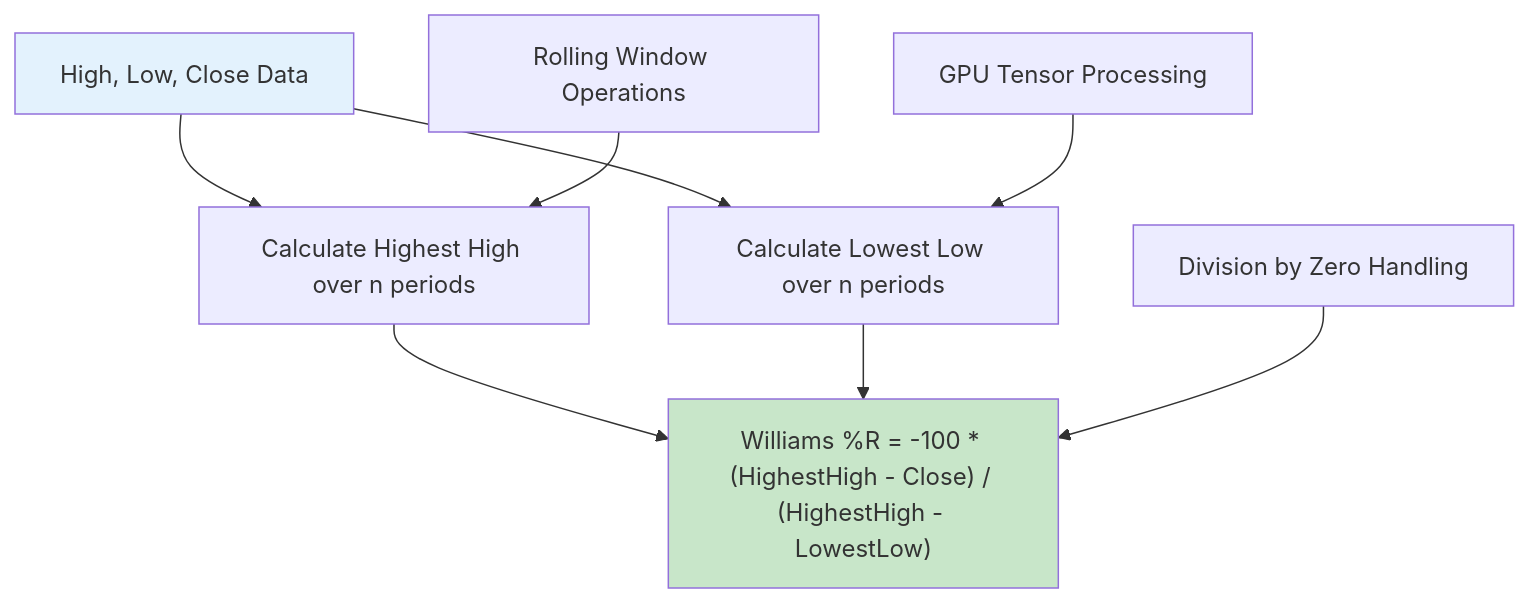
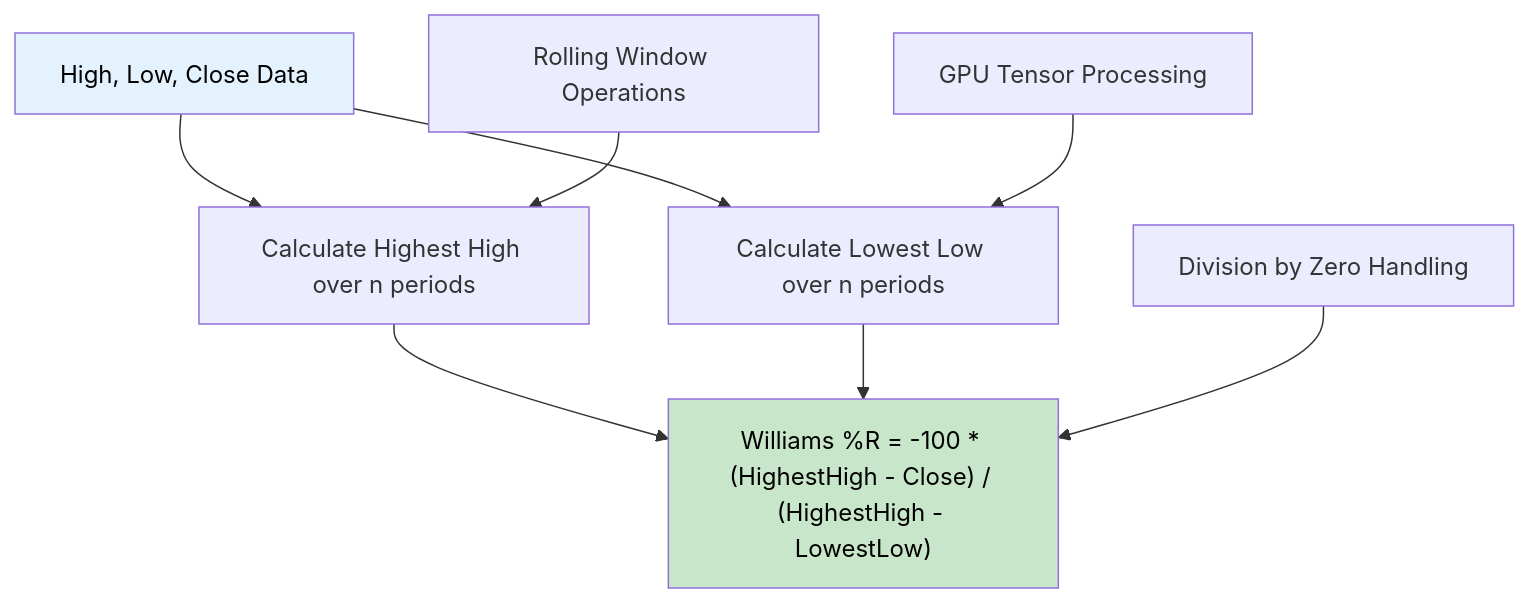
Before and after one commit to danyal-007/Technical-Analysis-Processor: the tenth of 35 diagrams in README.md, drawn with Mermaid. The commit also changed other lines of this file, not shown here.

Commit message:
Mermaid renderings fixed

````diff
--- a/README.md
+++ b/README.md
@@ -346,14 +346,14 @@
 ```mermaid
 flowchart TD
     A["High, Low, Close Data"] --> B["Calculate Highest High over n periods"]
     A --> C["Calculate Lowest Low over n periods"]
     B --> D["Williams %R = -100 * (HighestHigh - Close) / (HighestHigh - LowestLow)"]
     C --> D
 
     E["Rolling Window Operations"] --> B
     F["GPU Tensor Processing"] --> C
     G["Division by Zero Handling"] --> D
 
-    style A fill:#e3f2fd
-    style D fill:#c8e6c9
+    style A fill:#e3f2fd,color:#000000
+    style D fill:#c8e6c9,color:#000000
 ```
````
